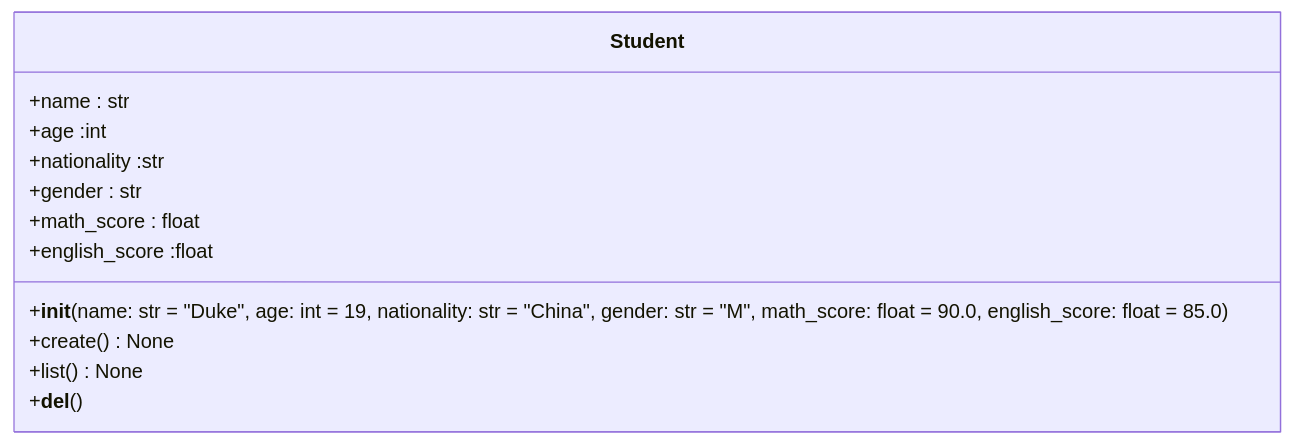
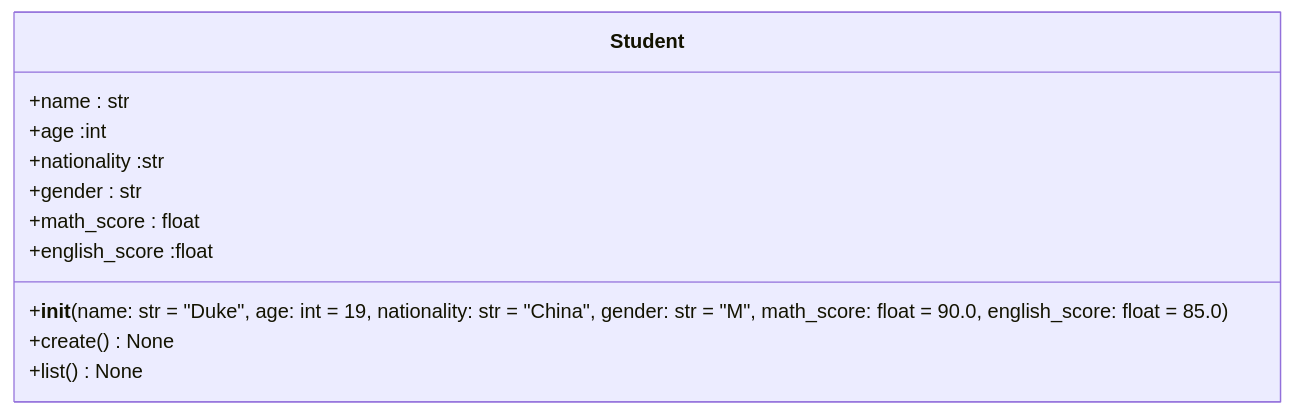
The diagram in student.md (duke7775/python_test1), drawn with Mermaid before and after one commit.

Commit message:
student.md

````diff
--- a/student.md
+++ b/student.md
@@ -1,15 +1,14 @@
 ```mermaid
 classDiagram
      class Student{
         +name : str
         +age :int
         +nationality :str
         +gender : str
         +math_score : float
         +english_score :float
         +__init__(name: str = "Duke", age: int = 19, nationality: str = "China", gender: str = "M", math_score: float = 90.0, english_score: float = 85.0)
         +create() None
         +list() None
-        +__del__()
      }    
 ```
````
